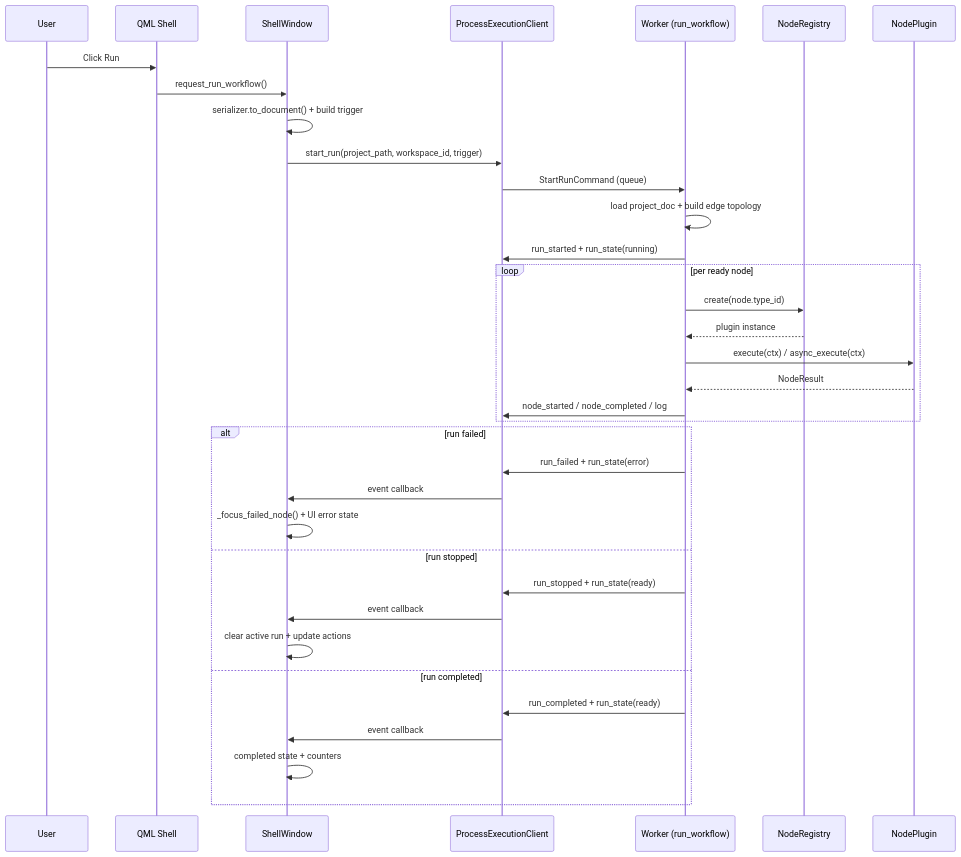
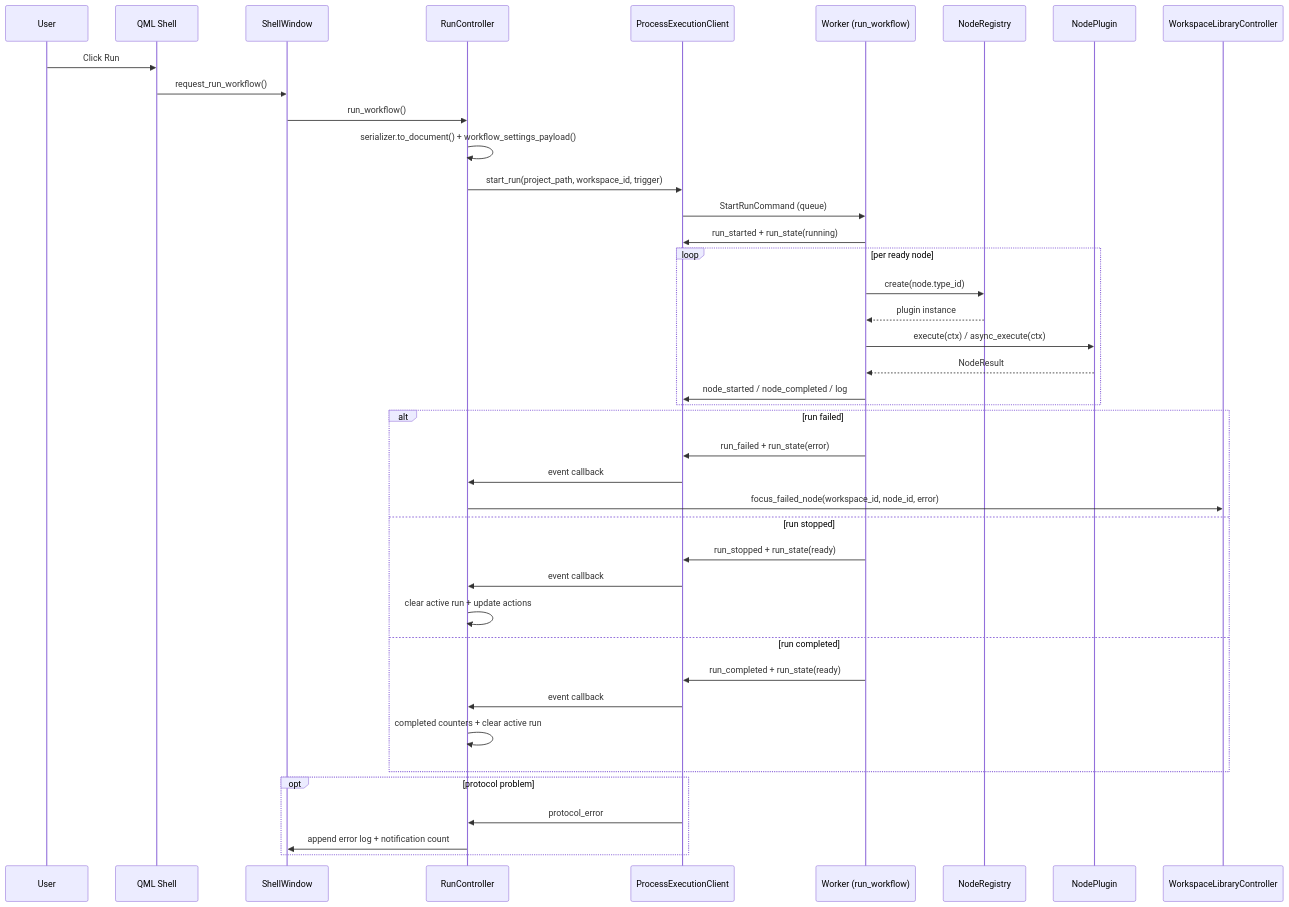
One commit to emreatay993/EA_Node changed the diagram in docs/architecture_diagrams/run_sequence.mmd. Above: the diagram before and after it, drawn with Mermaid. The commit also changed 9 other files, not shown here.

Commit message:
docs: refresh architecture guide and generated diagrams

```diff
--- a/docs/architecture_diagrams/run_sequence.mmd
+++ b/docs/architecture_diagrams/run_sequence.mmd
@@ -1,38 +1,45 @@
 sequenceDiagram
     participant User
     participant QML as QML Shell
     participant SW as ShellWindow
+    participant RC as RunController
     participant EC as ProcessExecutionClient
     participant W as Worker (run_workflow)
     participant R as NodeRegistry
     participant P as NodePlugin
+    participant WLC as WorkspaceLibraryController
 
     User->>QML: Click Run
     QML->>SW: request_run_workflow()
-    SW->>SW: serializer.to_document() + build trigger
-    SW->>EC: start_run(project_path, workspace_id, trigger)
+    SW->>RC: run_workflow()
+    RC->>RC: serializer.to_document() + workflow_settings_payload()
+    RC->>EC: start_run(project_path, workspace_id, trigger)
     EC->>W: StartRunCommand (queue)
-    W->>W: load project_doc + build edge topology
     W->>EC: run_started + run_state(running)
 
     loop per ready node
         W->>R: create(node.type_id)
         R-->>W: plugin instance
         W->>P: execute(ctx) / async_execute(ctx)
         P-->>W: NodeResult
         W->>EC: node_started / node_completed / log
     end
 
     alt run failed
         W->>EC: run_failed + run_state(error)
-        EC->>SW: event callback
-        SW->>SW: _focus_failed_node() + UI error state
+        EC->>RC: event callback
+        RC->>WLC: focus_failed_node(workspace_id, node_id, error)
     else run stopped
         W->>EC: run_stopped + run_state(ready)
-        EC->>SW: event callback
-        SW->>SW: clear active run + update actions
+        EC->>RC: event callback
+        RC->>RC: clear active run + update actions
     else run completed
         W->>EC: run_completed + run_state(ready)
-        EC->>SW: event callback
-        SW->>SW: completed state + counters
+        EC->>RC: event callback
+        RC->>RC: completed counters + clear active run
     end
+
+    opt protocol problem
+        EC->>RC: protocol_error
+        RC->>SW: append error log + notification count
+    end
```
